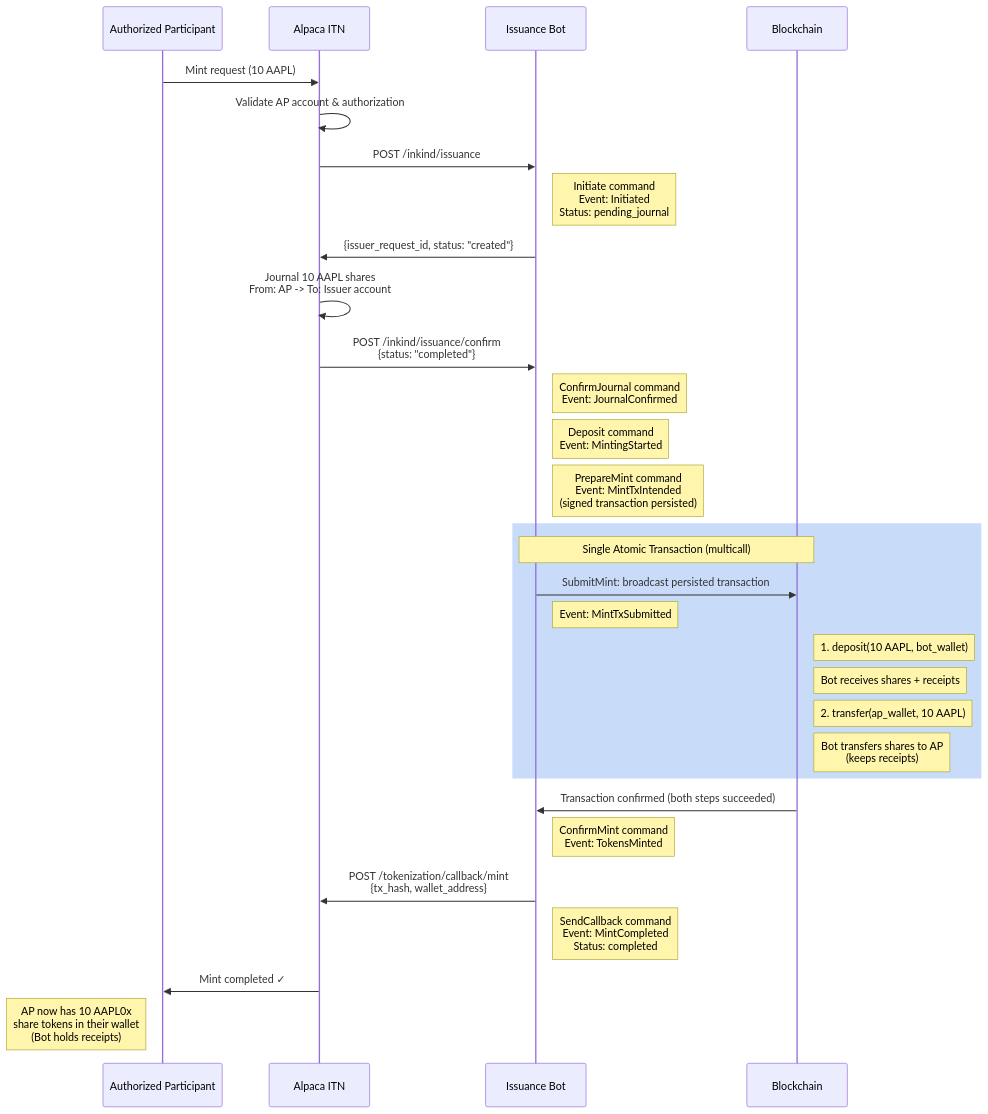
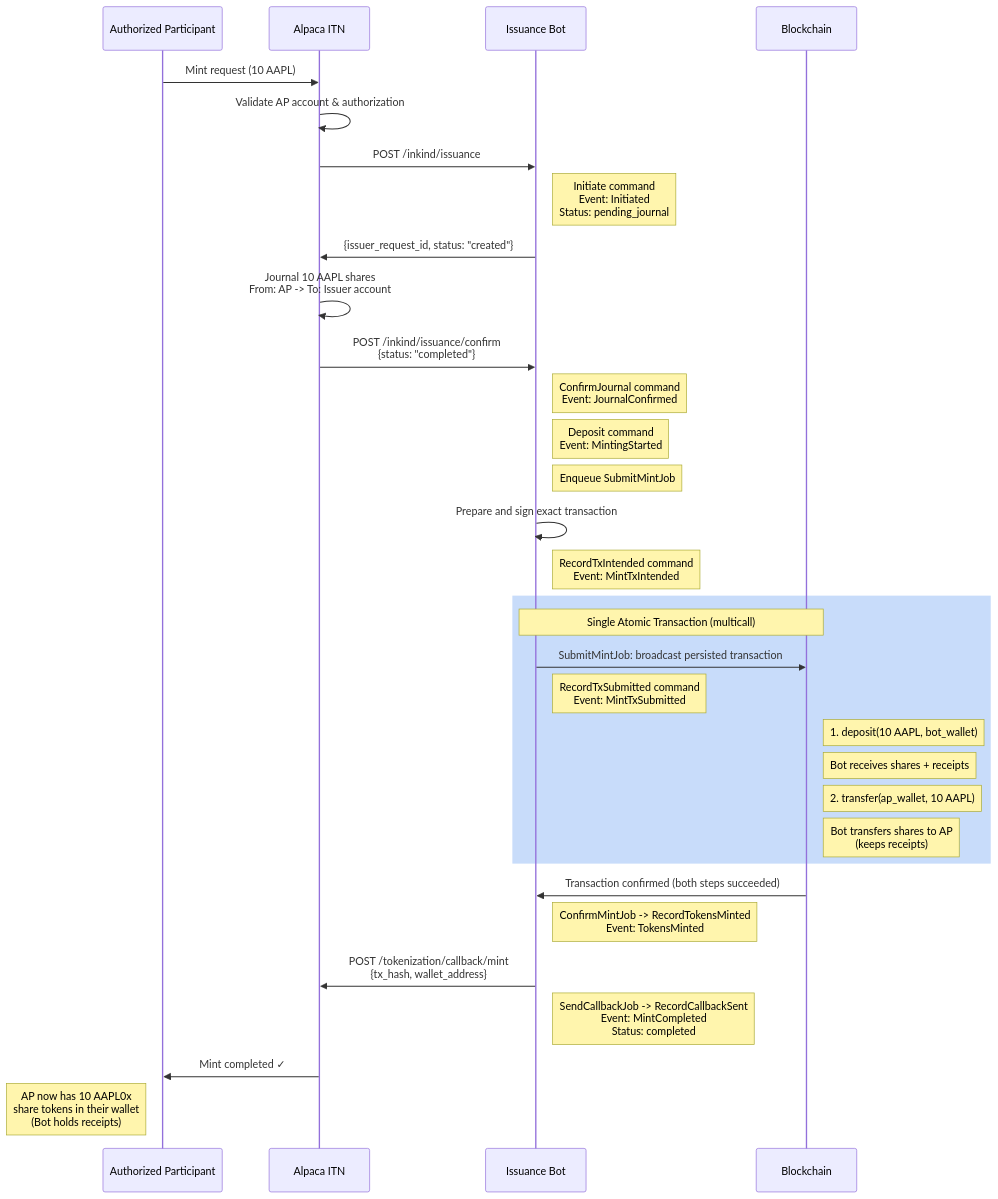
The third of 7 diagrams in SPEC.md (ST0x-Technology/st0x.issuance), drawn with Mermaid before and after one commit. The commit also changed other lines of this file and 1 other file, not shown here.

Commit message:
docs: restore overwritten mint and freeze spec

````diff
--- a/SPEC.md
+++ b/SPEC.md
@@ -1424,37 +1435,39 @@
 ```mermaid
 sequenceDiagram
     participant AP as Authorized Participant
     participant Alpaca as Alpaca ITN
     participant Us as Issuance Bot
     participant Blockchain as Blockchain
 
     AP->>Alpaca: Mint request (10 AAPL)
     Alpaca->>Alpaca: Validate AP account & authorization
     Alpaca->>Us: POST /inkind/issuance
     Note right of Us: Initiate command<br/>Event: Initiated<br/>Status: pending_journal
     Us->>Alpaca: {issuer_request_id, status: "created"}
 
     Alpaca->>Alpaca: Journal 10 AAPL shares<br/>From: AP -> To: Issuer account
     Alpaca->>Us: POST /inkind/issuance/confirm<br/>{status: "completed"}
     Note right of Us: ConfirmJournal command<br/>Event: JournalConfirmed
     Note right of Us: Deposit command<br/>Event: MintingStarted
-    Note right of Us: PrepareMint command<br/>Event: MintTxIntended<br/>(signed transaction persisted)
+    Note right of Us: Enqueue SubmitMintJob
+    Us->>Us: Prepare and sign exact transaction
+    Note right of Us: RecordTxIntended command<br/>Event: MintTxIntended
 
     rect rgb(200, 220, 250)
         Note over Us,Blockchain: Single Atomic Transaction (multicall)
-        Us->>Blockchain: SubmitMint: broadcast persisted transaction
-        Note right of Us: Event: MintTxSubmitted
+        Us->>Blockchain: SubmitMintJob: broadcast persisted transaction
+        Note right of Us: RecordTxSubmitted command<br/>Event: MintTxSubmitted
         Note right of Blockchain: 1. deposit(10 AAPL, bot_wallet)
         Note right of Blockchain: Bot receives shares + receipts
         Note right of Blockchain: 2. transfer(ap_wallet, 10 AAPL)
         Note right of Blockchain: Bot transfers shares to AP<br/>(keeps receipts)
     end
     Blockchain->>Us: Transaction confirmed (both steps succeeded)
-    Note right of Us: ConfirmMint command<br/>Event: TokensMinted
+    Note right of Us: ConfirmMintJob -> RecordTokensMinted<br/>Event: TokensMinted
 
     Us->>Alpaca: POST /tokenization/callback/mint<br/>{tx_hash, wallet_address}
-    Note right of Us: SendCallback command<br/>Event: MintCompleted<br/>Status: completed
+    Note right of Us: SendCallbackJob -> RecordCallbackSent<br/>Event: MintCompleted<br/>Status: completed
 
     Alpaca->>AP: Mint completed ✓
     Note left of AP: AP now has 10 AAPL0x<br/>share tokens in their wallet<br/>(Bot holds receipts)
 ```
````
